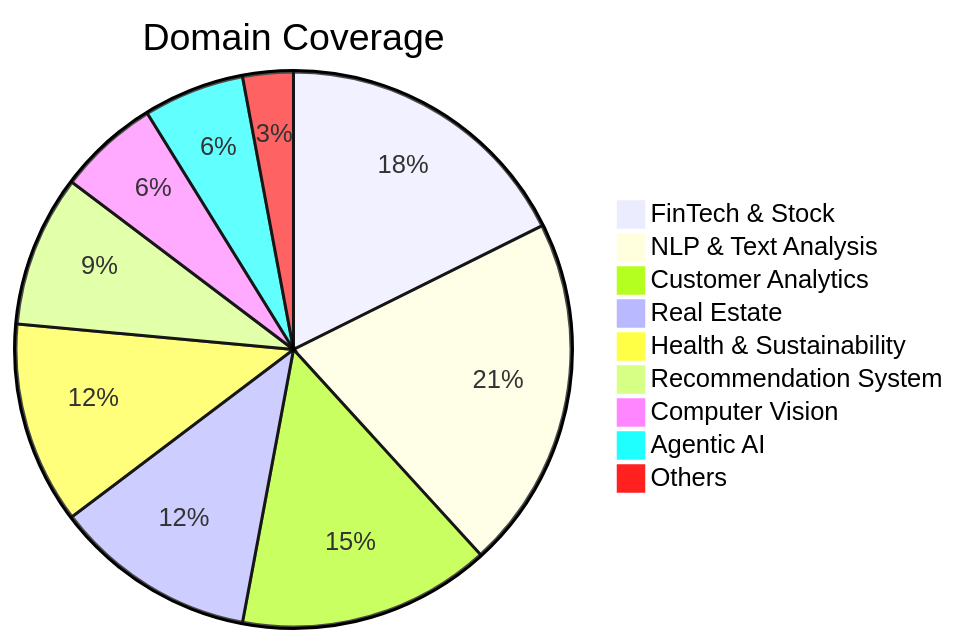
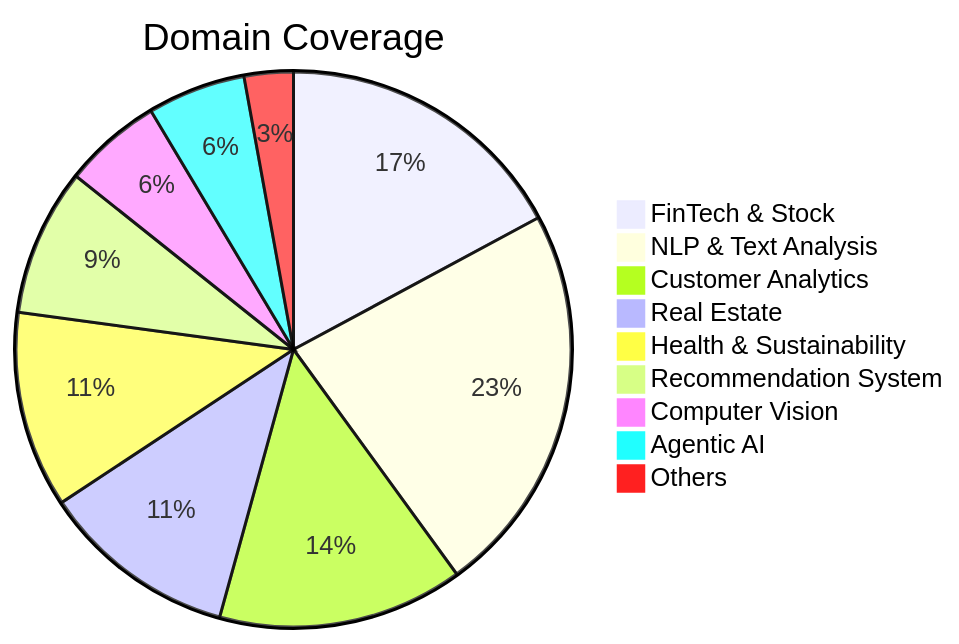
One commit to HarshChoudhary2003/Machine_Learning_Projects changed the second of 3 diagrams in README.md. Above: the diagram before and after it, drawn with Mermaid. The commit also changed other lines of this file and 1 other file, not shown here.

Commit message:
Add README for Restaurant Reviews NLP and update main registry

````diff
--- a/README.md
+++ b/README.md
@@ -99,12 +99,12 @@
 ```mermaid
 pie title Domain Coverage
     "FinTech & Stock" : 6
-    "NLP & Text Analysis" : 7
+    "NLP & Text Analysis" : 8
     "Customer Analytics" : 5
     "Real Estate" : 4
     "Health & Sustainability" : 4
     "Recommendation System" : 3
     "Computer Vision" : 2
     "Agentic AI" : 2
     "Others" : 1
 ```
````
